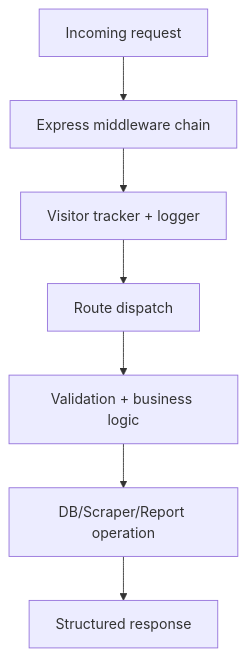
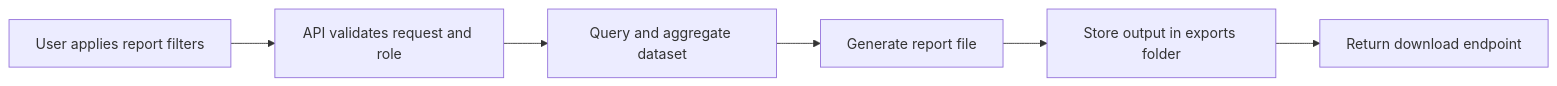
The fourth of 7 diagrams in projectdocumentation.md (ramalokeshreddyp/code_to_win), drawn with Mermaid before and after one commit. The commit also changed other lines of this file and 35 other files, not shown here.

````diff
--- a/projectdocumentation.md
+++ b/projectdocumentation.md
@@ -181,9 +136,8 @@
 ```mermaid
-flowchart TD
-  R1[Incoming request] --> R2[Express middleware chain]
-  R2 --> R3[Visitor tracker + logger]
-  R3 --> R4[Route dispatch]
-  R4 --> R5[Validation + business logic]
-  R5 --> R6[DB/Scraper/Report operation]
-  R6 --> R7[Structured response]
+flowchart LR
+  R1[User applies report filters] --> R2[API validates request and role]
+  R2 --> R3[Query and aggregate dataset]
+  R3 --> R4[Generate report file]
+  R4 --> R5[Store output in exports folder]
+  R5 --> R6[Return download endpoint]
 ```
````
